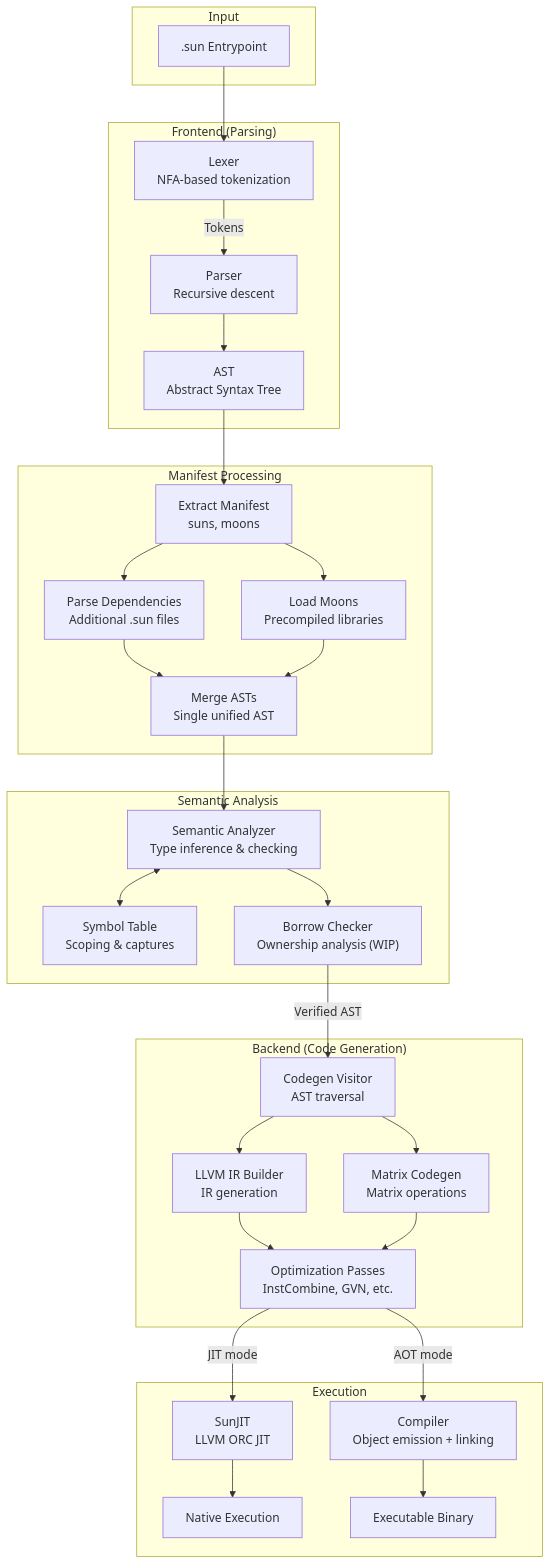
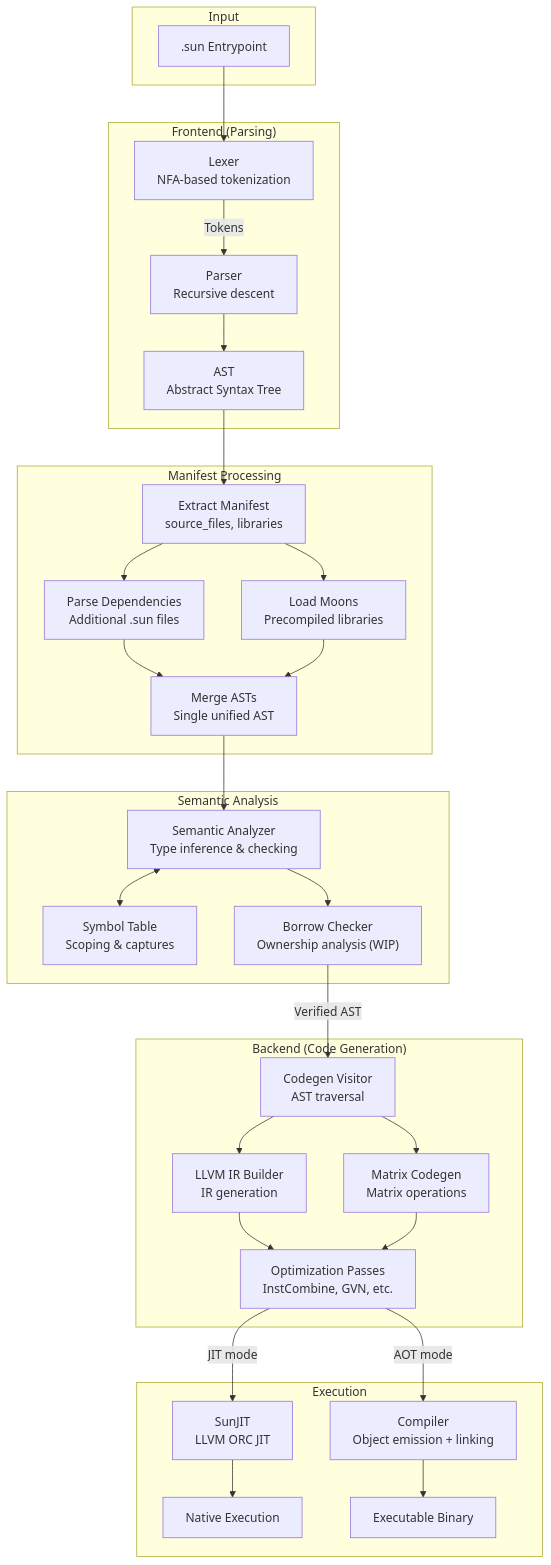
The diagram in docs/pages/architecture.mdx (namo-robotics/sun), drawn with Mermaid before and after one commit. The commit also changed other lines of this file and 181 other files, not shown here.

````diff
--- a/docs/pages/architecture.mdx
+++ b/docs/pages/architecture.mdx
@@ -112,60 +112,60 @@
 ```mermaid
 flowchart TB
     subgraph Input
         SRC[".sun Entrypoint"]
     end
 
     subgraph Frontend["Frontend (Parsing)"]
         LEX["Lexer<br/>NFA-based tokenization"]
         PAR["Parser<br/>Recursive descent"]
         AST["AST<br/>Abstract Syntax Tree"]
     end
 
     subgraph Manifest["Manifest Processing"]
-        MAN["Extract Manifest<br/>suns, moons"]
+        MAN["Extract Manifest<br/>source_files, libraries"]
         DEPS["Parse Dependencies<br/>Additional .sun files"]
         MOON["Load Moons<br/>Precompiled libraries"]
         MERGE["Merge ASTs<br/>Single unified AST"]
     end
 
     subgraph Analysis["Semantic Analysis"]
         SEM["Semantic Analyzer<br/>Type inference & checking"]
         SYM["Symbol Table<br/>Scoping & captures"]
         BC["Borrow Checker<br/>Ownership analysis (WIP)"]
     end
 
     subgraph Backend["Backend (Code Generation)"]
         CGV["Codegen Visitor<br/>AST traversal"]
         LLVM["LLVM IR Builder<br/>IR generation"]
         MAT["Matrix Codegen<br/>Matrix operations"]
         OPT["Optimization Passes<br/>InstCombine, GVN, etc."]
     end
 
     subgraph Execution
         JIT["SunJIT<br/>LLVM ORC JIT"]
         AOT["Compiler<br/>Object emission + linking"]
         RUN["Native Execution"]
         EXE["Executable Binary"]
     end
 
     SRC --> LEX
     LEX -->|"Tokens"| PAR
     PAR --> AST
     AST --> MAN
     MAN --> DEPS
     MAN --> MOON
     DEPS --> MERGE
     MOON --> MERGE
     MERGE --> SEM
     SEM <--> SYM
     SEM --> BC
     BC -->|"Verified AST"| CGV
     CGV --> LLVM
     CGV --> MAT
     LLVM --> OPT
     MAT --> OPT
     OPT -->|"JIT mode"| JIT
     OPT -->|"AOT mode"| AOT
     JIT --> RUN
     AOT --> EXE
 ```
````
